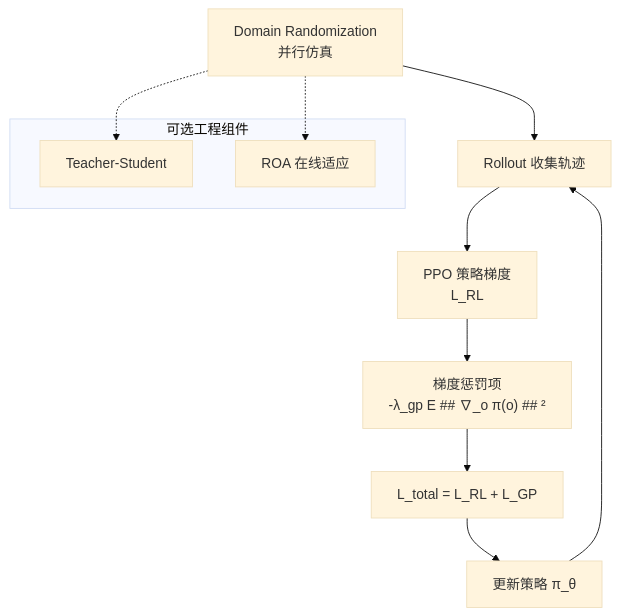
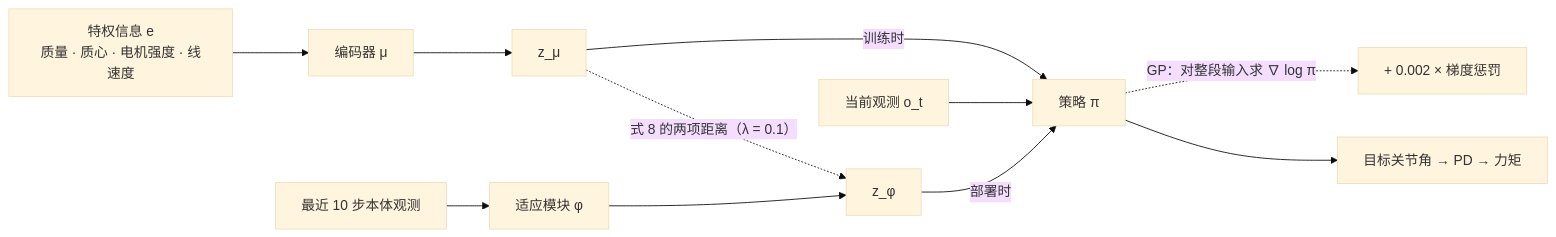
The first of 4 diagrams in papers/01_Foundational_RL/LCP_Sim-to-Real_Action_Smoothing/LCP_Sim-to-Real_Action_Smoothing.md (ImChong/Robot_Learning_Paper_Notebooks), drawn with Mermaid (base theme) before and after one commit. The commit also changed other lines of this file and 18 other files, not shown here.

```diff
--- a/papers/01_Foundational_RL/LCP_Sim-to-Real_Action_Smoothing/LCP_Sim-to-Real_Action_Smoothing.md
+++ b/papers/01_Foundational_RL/LCP_Sim-to-Real_Action_Smoothing/LCP_Sim-to-Real_Action_Smoothing.md
@@ -243,15 +232,11 @@
 <div class="mermaid">
-flowchart TB
-    DR["Domain Randomization<br/>并行仿真"] --> Roll["Rollout 收集轨迹"]
-    Roll --> PPO["PPO 策略梯度<br/>L_RL"]
-    PPO --> GP["梯度惩罚项<br/>-λ_gp E ## ∇_o π(o) ## ²"]
-    GP --> Total["L_total = L_RL + L_GP"]
-    Total --> Upd["更新策略 π_θ"]
-    Upd --> Roll
-    subgraph opt["可选工程组件"]
-        TS["Teacher-Student"]
-        ROA["ROA 在线适应"]
-    end
-    DR -.-> TS
-    DR -.-> ROA
+flowchart LR
+    E["特权信息 e<br/>质量 · 质心 · 电机强度 · 线速度"] --> MU["编码器 μ"] --> ZM["z_μ"]
+    H["最近 10 步本体观测"] --> PHI["适应模块 φ"] --> ZP["z_φ"]
+    ZM -. "式 8 的两项距离（λ = 0.1）" .-> ZP
+    O["当前观测 o_t"] --> PI["策略 π"]
+    ZM -->|训练时| PI
+    ZP -->|部署时| PI
+    PI --> A["目标关节角 → PD → 力矩"]
+    PI -. "GP：对整段输入求 ∇ log π" .-> GP["+ 0.002 × 梯度惩罚"]
 </div>
```
